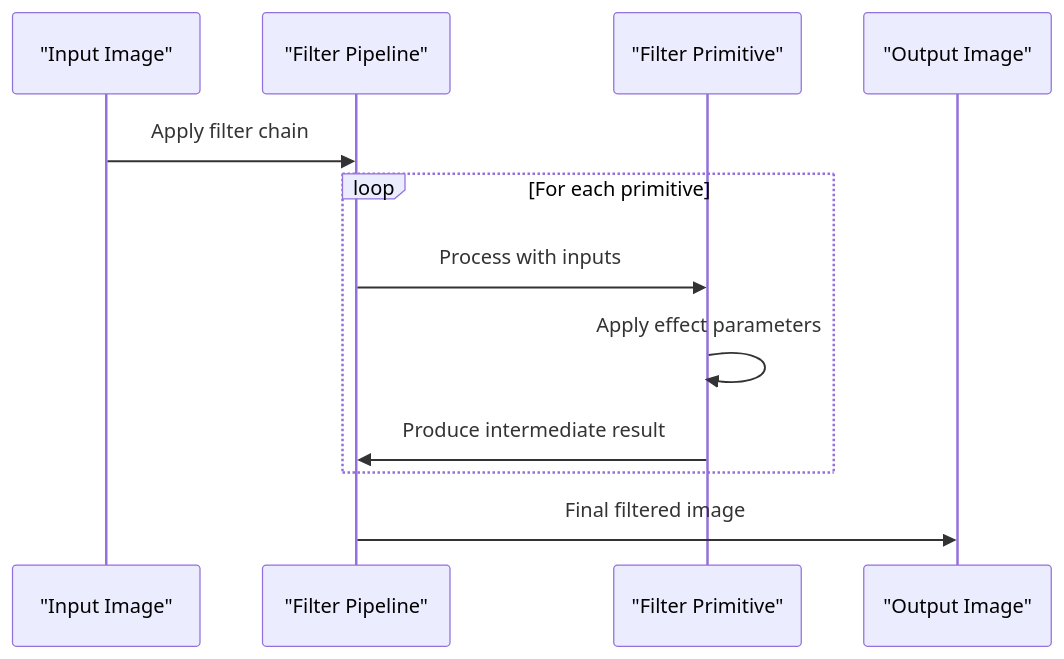
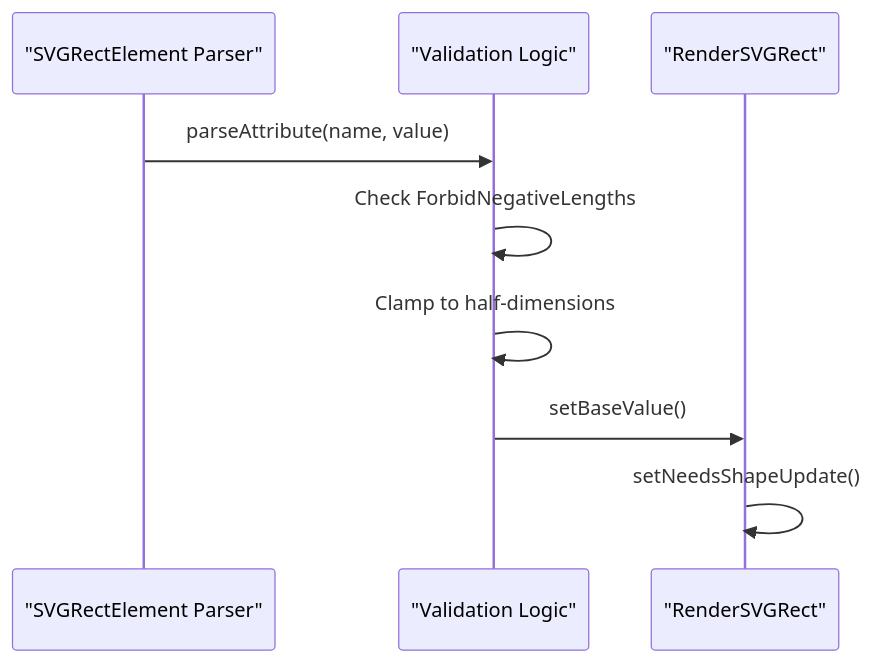
Before and after one commit to denisnadey/flutter_full_svg_support: diagram 12 of 15 in .qoder/repowiki/en/content/Animated SVG Support/Animated SVG Support.md, drawn with Mermaid. The commit also changed other lines of this file and 8 other files, not shown here.

````diff
--- a/.qoder/repowiki/en/content/Animated SVG Support/Animated SVG Support.md
+++ b/.qoder/repowiki/en/content/Animated SVG Support/Animated SVG Support.md
@@ -847,14 +603,11 @@
 ```mermaid
 sequenceDiagram
-participant Input as "Input Image"
-participant Pipeline as "Filter Pipeline"
-participant Primitive as "Filter Primitive"
-participant Output as "Output Image"
-Input->>Pipeline : Apply filter chain
-loop For each primitive
-Pipeline->>Primitive : Process with inputs
-Primitive->>Primitive : Apply effect parameters
-Primitive->>Pipeline : Produce intermediate result
-end
-Pipeline->>Output : Final filtered image
+participant Parser as "SVGRectElement Parser"
+participant Validator as "Validation Logic"
+participant Renderer as "RenderSVGRect"
+Parser->>Validator : parseAttribute(name, value)
+Validator->>Validator : Check ForbidNegativeLengths
+Validator->>Validator : Clamp to half-dimensions
+Validator->>Renderer : setBaseValue()
+Renderer->>Renderer : setNeedsShapeUpdate()
 ```
````
